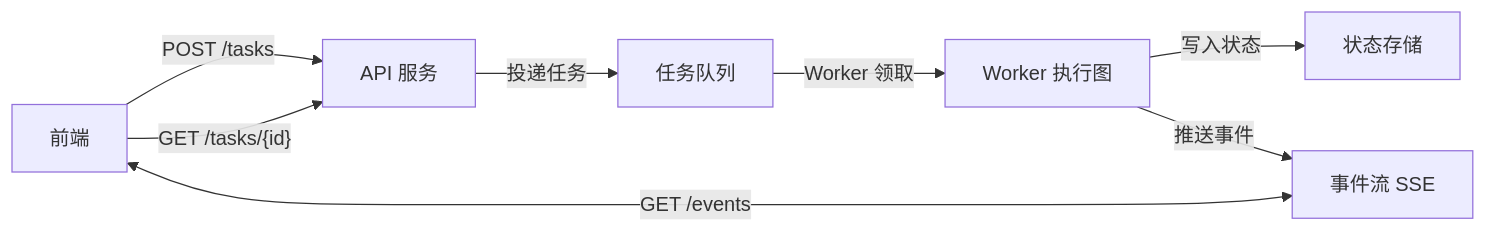
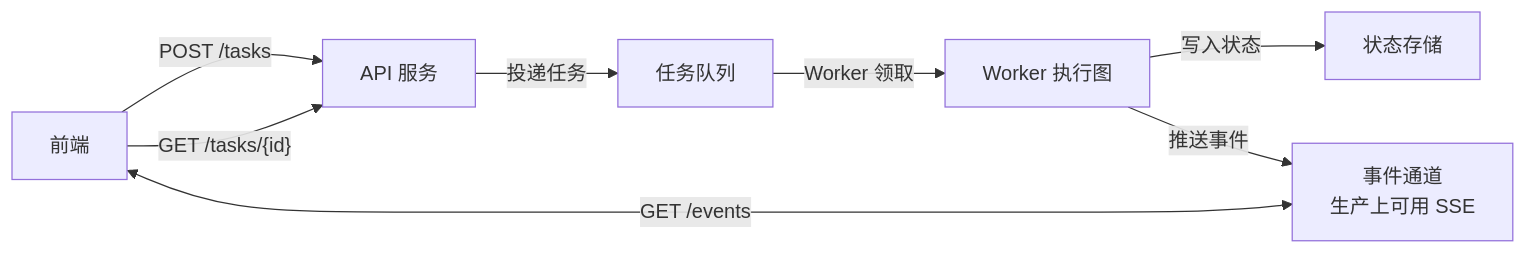
The first of 3 diagrams in ai-agent学习/06.LangGraph入门/15.部署与生产化注意事项.md (sealzrt/2026-08--agent), drawn with Mermaid before and after one commit. The commit also changed other lines of this file and 17 other files, not shown here.

````diff
--- a/ai-agent学习/06.LangGraph入门/15.部署与生产化注意事项.md
+++ b/ai-agent学习/06.LangGraph入门/15.部署与生产化注意事项.md
@@ -54,10 +54,10 @@
 ```mermaid
 flowchart LR
     F["前端"] -->|"POST /tasks"| API["API 服务"]
     API -->|"投递任务"| Q["任务队列"]
     Q -->|"Worker 领取"| W["Worker 执行图"]
     W -->|"写入状态"| DB["状态存储"]
-    W -->|"推送事件"| EV["事件流 SSE"]
+    W -->|"推送事件"| EV["事件通道<br/>生产上可用 SSE"]
     F <-->|"GET /events"| EV
     F -->|"GET /tasks/{id}"| API
 ```
````
